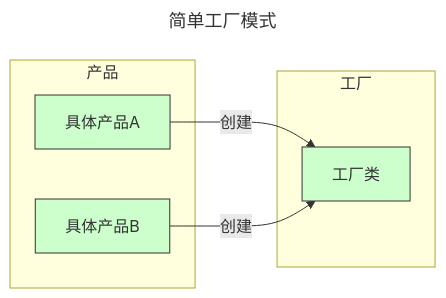
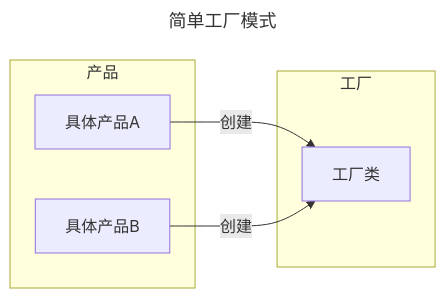
The diagram in src/notes/design-mode/2.简单工厂模式.md (lfangq/vuepress-docs), drawn with Mermaid before and after one commit. The commit also changed 19 other files, not shown here.

````diff
--- a/src/notes/design-mode/2.简单工厂模式.md
+++ b/src/notes/design-mode/2.简单工厂模式.md
@@ -14,25 +14,21 @@
 ```mermaid
 ---
 title: 简单工厂模式
 ---
 graph LR  
     A[工厂类]
     B[具体产品A]  
     C[具体产品B]  
   
     B --> |创建| A  
     C --> |创建| A
   
     subgraph 产品  
     B  
     C  
     end  
   
     subgraph 工厂  
     A  
-    end   
-  
-    style A fill:#cfc,stroke:#333,stroke-width:1px  
-    style B fill:#cfc,stroke:#333,stroke-width:1px  
-    style C fill:#cfc,stroke:#333,stroke-width:1px  
+    end    
 ```
````
